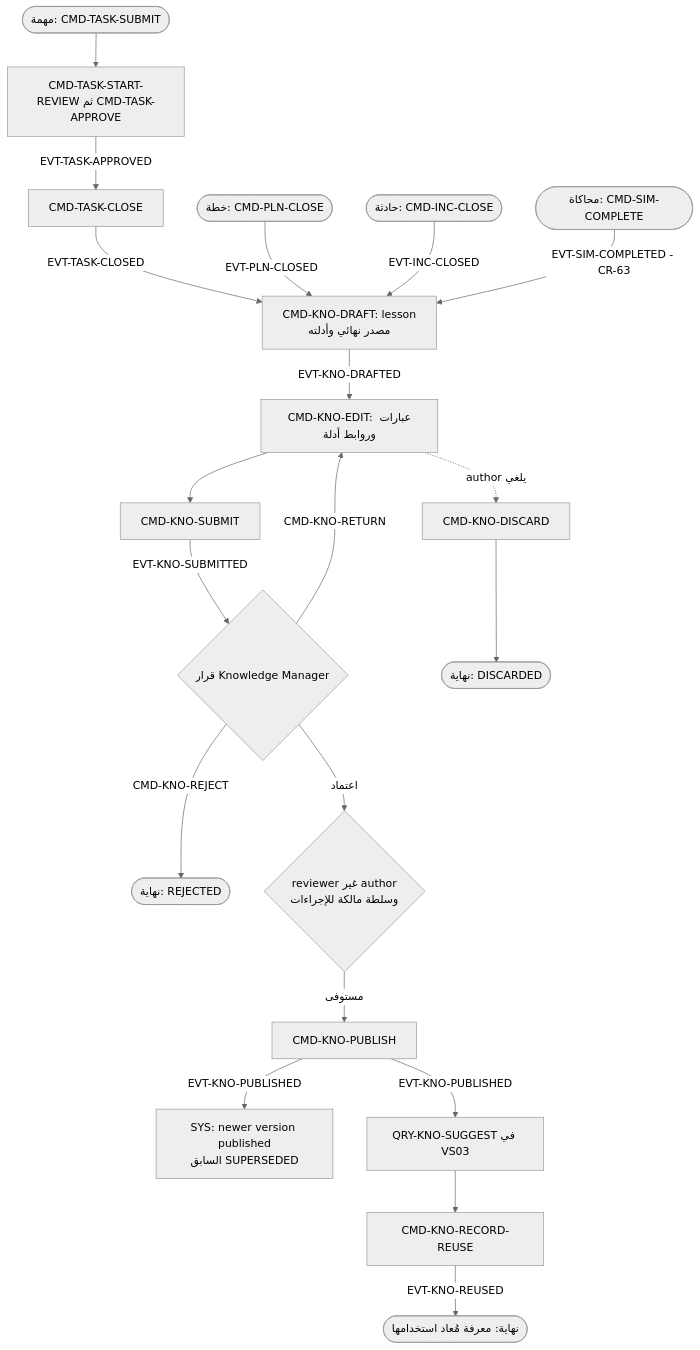
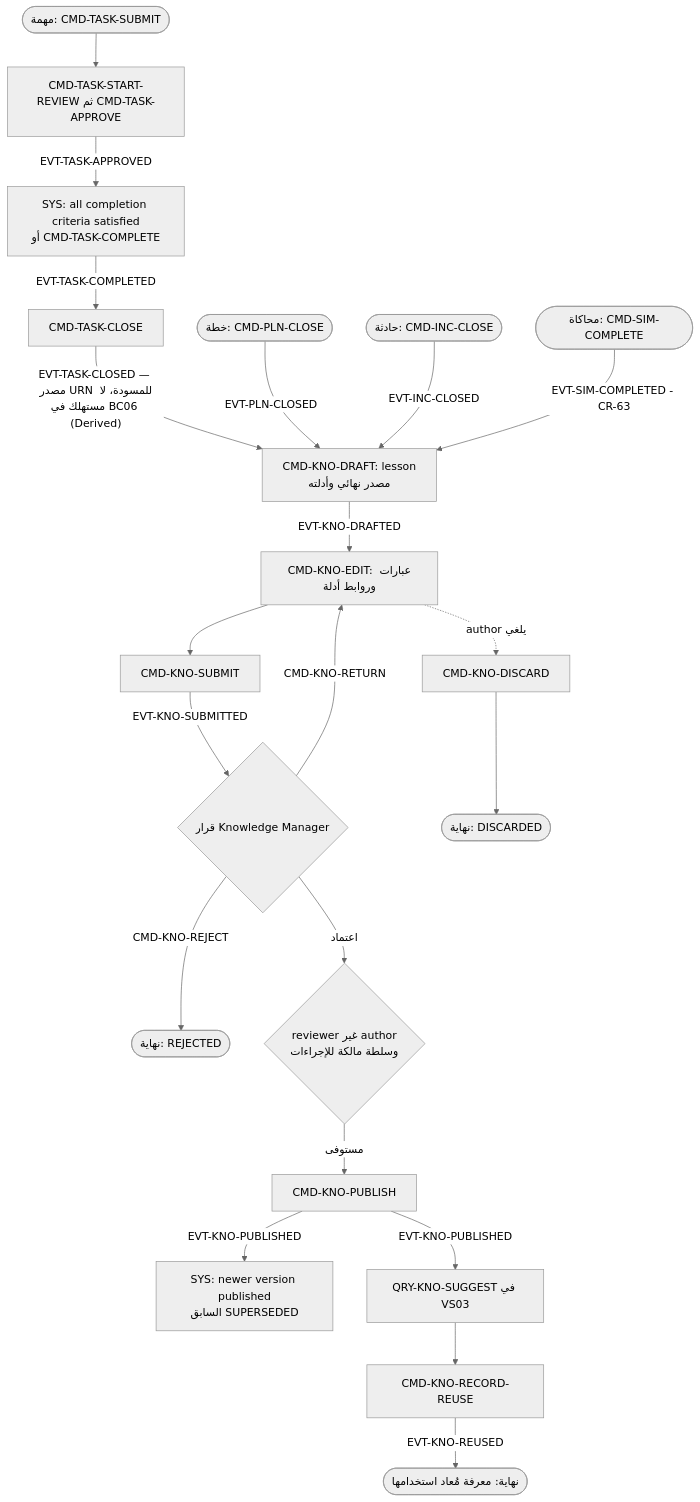
Diagram 13 of 18 in spec/18-analysis-design/06-process-models.md (Ayoubkhattab/Planing), drawn with Mermaid (neutral theme) before and after one commit. The commit also changed other lines of this file and 3 other files, not shown here.

````diff
--- a/spec/18-analysis-design/06-process-models.md
+++ b/spec/18-analysis-design/06-process-models.md
@@ -736,39 +742,41 @@
 ```mermaid
 flowchart TD
   S1(["مهمة: CMD-TASK-SUBMIT"])
   T1["CMD-TASK-START-REVIEW ثم CMD-TASK-APPROVE"]
+  TC["SYS: all completion criteria satisfied<br/>أو CMD-TASK-COMPLETE"]
   T2["CMD-TASK-CLOSE"]
   S2(["خطة: CMD-PLN-CLOSE"])
   S3(["حادثة: CMD-INC-CLOSE"])
   S4(["محاكاة: CMD-SIM-COMPLETE"])
   K1["CMD-KNO-DRAFT: lesson<br/>مصدر نهائي وأدلته"]
   K2["CMD-KNO-EDIT: عبارات وروابط أدلة"]
   K3["CMD-KNO-SUBMIT"]
   D1{"قرار Knowledge Manager"}
   E1(["نهاية: REJECTED"])
   D2{"reviewer غير author<br/>وسلطة مالكة للإجراءات"}
   K5["CMD-KNO-PUBLISH"]
   K6["SYS: newer version published<br/>السابق SUPERSEDED"]
   K7["QRY-KNO-SUGGEST في VS03"]
   K8["CMD-KNO-RECORD-REUSE"]
   E2(["نهاية: معرفة مُعاد استخدامها"])
   K9["CMD-KNO-DISCARD"]
   E3(["نهاية: DISCARDED"])
   S1 --> T1
-  T1 -->|"EVT-TASK-APPROVED"| T2
-  T2 -->|"EVT-TASK-CLOSED"| K1
+  T1 -->|"EVT-TASK-APPROVED"| TC
+  TC -->|"EVT-TASK-COMPLETED"| T2
+  T2 -->|"EVT-TASK-CLOSED — مصدر URN للمسودة، لا مستهلك في BC06 (Derived)"| K1
   S2 -->|"EVT-PLN-CLOSED"| K1
   S3 -->|"EVT-INC-CLOSED"| K1
   S4 -->|"EVT-SIM-COMPLETED - CR-63"| K1
   K1 -->|"EVT-KNO-DRAFTED"| K2 --> K3
   K3 -->|"EVT-KNO-SUBMITTED"| D1
   D1 -->|"CMD-KNO-RETURN"| K2
   D1 -->|"CMD-KNO-REJECT"| E1
   D1 -->|"اعتماد"| D2
   D2 -->|"مستوفى"| K5
   K5 -->|"EVT-KNO-PUBLISHED"| K6
   K5 -->|"EVT-KNO-PUBLISHED"| K7
   K7 --> K8
   K8 -->|"EVT-KNO-REUSED"| E2
   K2 -.->|"author يلغي"| K9 --> E3
 ```
````
